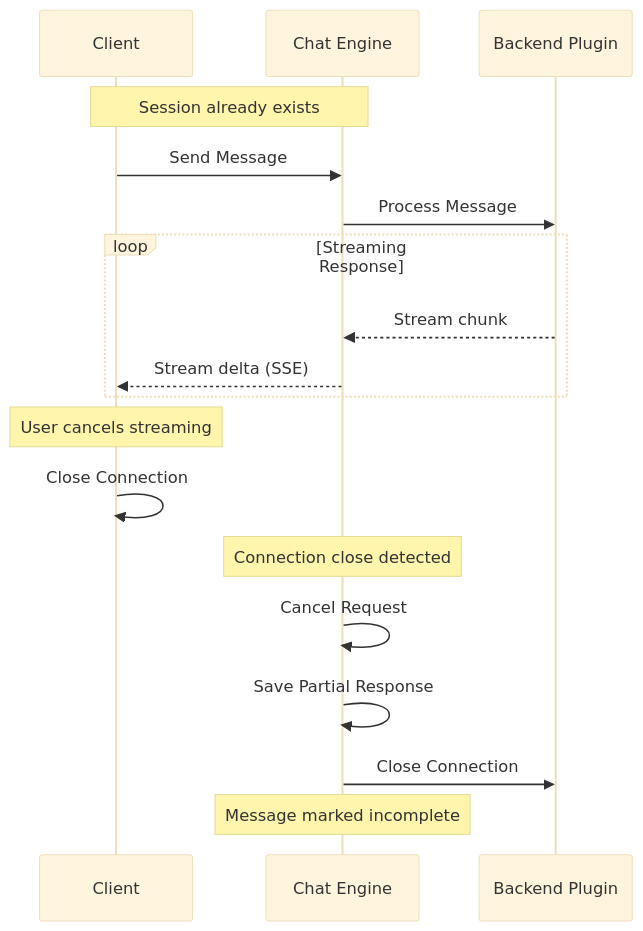
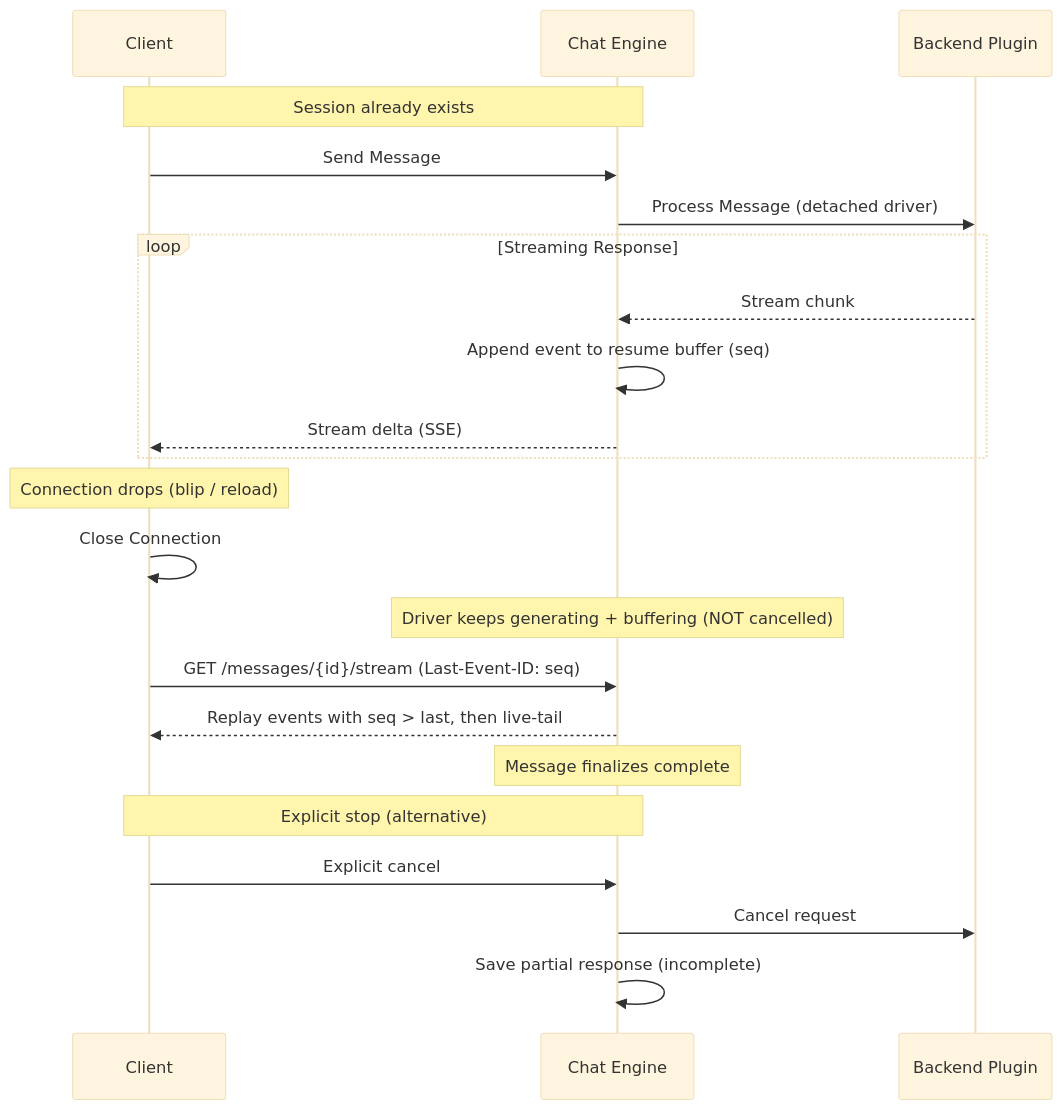
Diagram 11 of 16 in gears/chat-engine/docs/DESIGN.md (constructorfabric/gears-rust), drawn with Mermaid (base theme) before and after one commit. The commit also changed other lines of this file and 1 other file, not shown here.

Commit message:
reconcile FR-008 with true live-tail

````diff
--- a/gears/chat-engine/docs/DESIGN.md
+++ b/gears/chat-engine/docs/DESIGN.md
@@ -1062,26 +1062,30 @@
 ```mermaid
 sequenceDiagram
     participant Client
     participant Chat Engine
     participant Backend Plugin
 
     Note over Client,Chat Engine: Session already exists
 
     Client->>Chat Engine: Send Message
-    Chat Engine->>Backend Plugin: Process Message
+    Chat Engine->>Backend Plugin: Process Message (detached driver)
 
     loop Streaming Response
         Backend Plugin-->>Chat Engine: Stream chunk
+        Chat Engine->>Chat Engine: Append event to resume buffer (seq)
         Chat Engine-->>Client: Stream delta (SSE)
     end
 
-    Note over Client: User cancels streaming
+    Note over Client: Connection drops (blip / reload)
     Client->>Client: Close Connection
+    Note over Chat Engine: Driver keeps generating + buffering (NOT cancelled)
 
-    Note over Chat Engine: Connection close detected
-    Chat Engine->>Chat Engine: Cancel Request
-    Chat Engine->>Chat Engine: Save Partial Response
-    Chat Engine->>Backend Plugin: Close Connection
+    Client->>Chat Engine: GET /messages/{id}/stream (Last-Event-ID: seq)
+    Chat Engine-->>Client: Replay events with seq > last, then live-tail
+    Note over Chat Engine: Message finalizes complete
 
-    Note over Chat Engine: Message marked incomplete
+    Note over Client,Chat Engine: Explicit stop (alternative)
+    Client->>Chat Engine: Explicit cancel
+    Chat Engine->>Backend Plugin: Cancel request
+    Chat Engine->>Chat Engine: Save partial response (incomplete)
 ```
````
